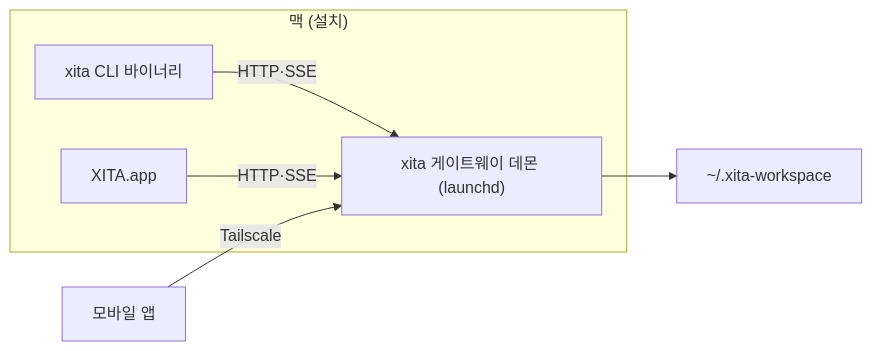
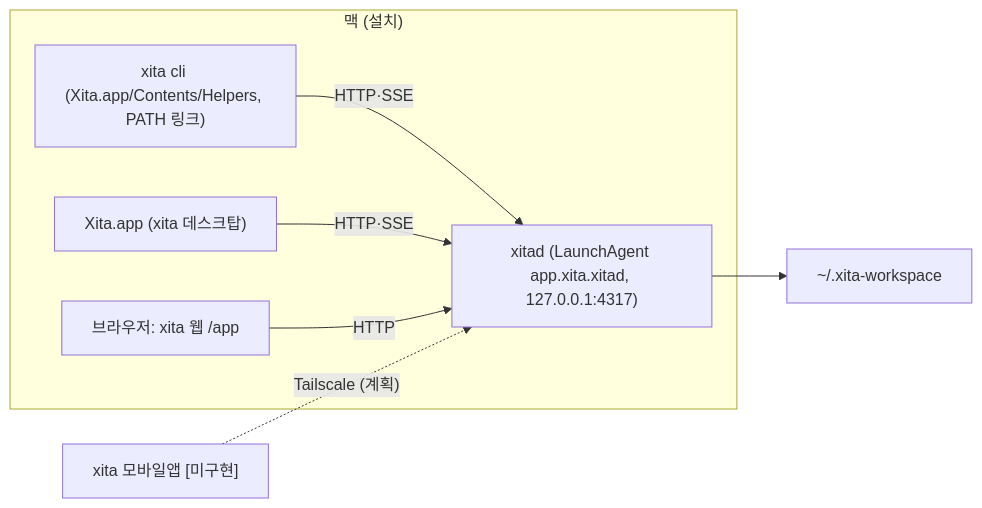
Before and after one commit to wjchoi87/xita: the eighth of 10 diagrams in docs/domain/xita-agent-os/index.md, drawn with Mermaid. The commit also changed other lines of this file and 1 other file, not shown here.

Commit message:
Docs: domain map — code sync with xita-app/core 2ce7655 and desktop 3f37c7f (implemented vs [미구현], current code paths, xitad memory measurement)

````diff
--- a/docs/domain/xita-agent-os/index.md
+++ b/docs/domain/xita-agent-os/index.md
@@ -255,14 +279,16 @@
 ```mermaid
 flowchart LR
   subgraph Mac["맥 (설치)"]
-    D["xita 게이트웨이 데몬 (launchd)"]
-    C["xita CLI 바이너리"]
-    A["XITA.app"]
+    D["xitad (LaunchAgent app.xita.xitad, 127.0.0.1:4317)"]
+    C["xita cli (Xita.app/Contents/Helpers, PATH 링크)"]
+    A["Xita.app (xita 데스크탑)"]
+    B["브라우저: xita 웹 /app"]
   end
-  M["모바일 앱"]
+  M["xita 모바일앱 [미구현]"]
   W["~/.xita-workspace"]
   C -->|"HTTP·SSE"| D
   A -->|"HTTP·SSE"| D
-  M -->|"Tailscale"| D
+  B -->|"HTTP"| D
+  M -.->|"Tailscale (계획)"| D
   D --> W
 ```
````
